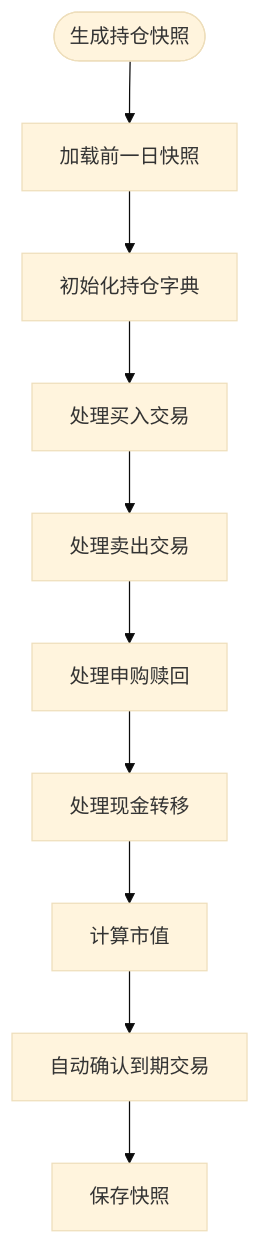
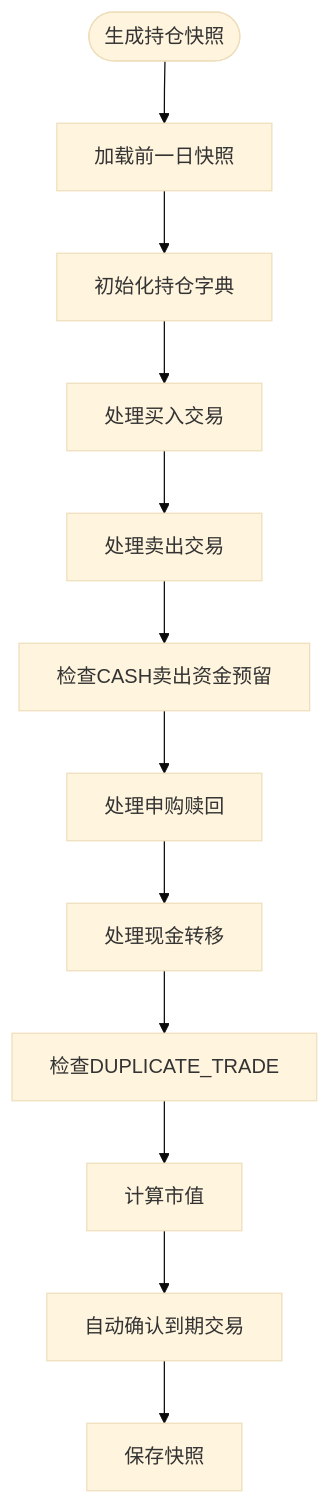
Diagram 15 of 16 in .qoder/repowiki/zh/content/核心业务功能/交易处理.md (gujialind/InvestRing), drawn with Mermaid (base theme) before and after one commit. The commit also changed other lines of this file and 15 other files, not shown here.

````diff
--- a/.qoder/repowiki/zh/content/核心业务功能/交易处理.md
+++ b/.qoder/repowiki/zh/content/核心业务功能/交易处理.md
@@ -630,12 +665,14 @@
 ```mermaid
 flowchart TD
 Start(["生成持仓快照"]) --> LoadPrev["加载前一日快照"]
 LoadPrev --> InitPositions["初始化持仓字典"]
 InitPositions --> ProcessBuys["处理买入交易"]
 ProcessBuys --> ProcessSells["处理卖出交易"]
-ProcessSells --> ProcessSubs["处理申购赎回"]
+ProcessSells --> CheckReserve["检查CASH卖出资金预留"]
+CheckReserve --> ProcessSubs["处理申购赎回"]
 ProcessSubs --> ProcessTransfers["处理现金转移"]
-ProcessTransfers --> CalculateValue["计算市值"]
+ProcessTransfers --> CheckDuplicate["检查DUPLICATE_TRADE"]
+CheckDuplicate --> CalculateValue["计算市值"]
 CalculateValue --> AutoConfirm["自动确认到期交易"]
 AutoConfirm --> SaveSnapshot["保存快照"]
 ```
````
